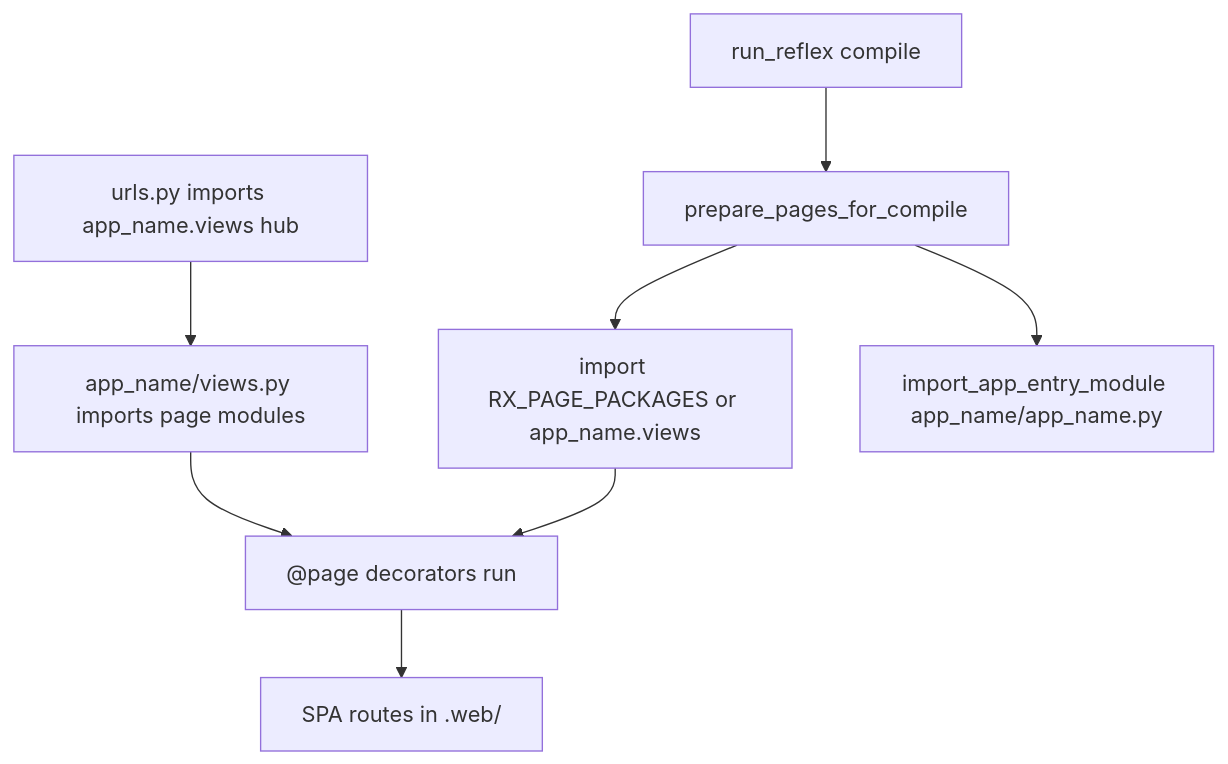
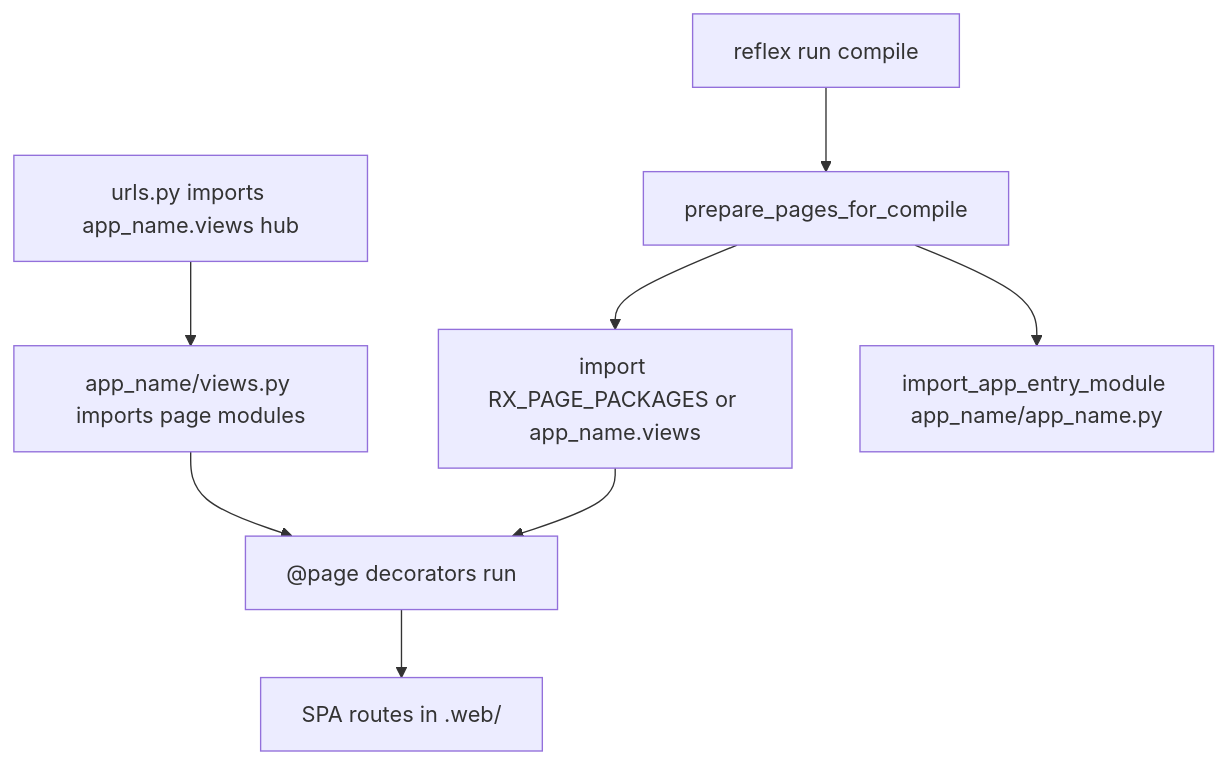
One commit to web7ai/reflex-django changed the diagram in docs/guides/app_entry_and_pages.md. Above: the diagram before and after it, drawn with Mermaid. The commit also changed other lines of this file and 141 other files, not shown here.

````diff
--- a/docs/guides/app_entry_and_pages.md
+++ b/docs/guides/app_entry_and_pages.md
@@ -117,17 +118,17 @@
 ```mermaid
 flowchart TD
   urlsImport["urls.py imports app_name.views hub"]
   hubImport["app_name/views.py imports page modules"]
   pageDec["@page decorators run"]
-  compile["run_reflex compile"]
+  compile["reflex run compile"]
   prepare["prepare_pages_for_compile"]
   packages["import RX_PAGE_PACKAGES or app_name.views"]
   entry["import_app_entry_module app_name/app_name.py"]
   spa["SPA routes in .web/"]
 
   urlsImport --> hubImport --> pageDec
   compile --> prepare
   prepare --> packages --> pageDec
   prepare --> entry
   pageDec --> spa
 ```
````
